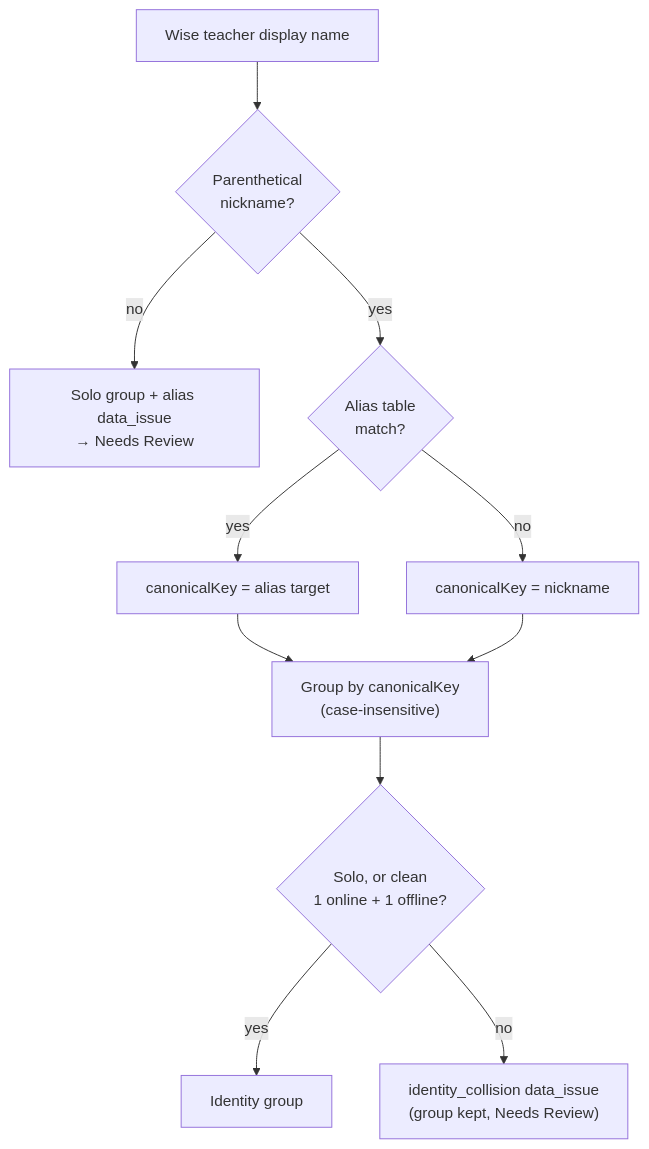
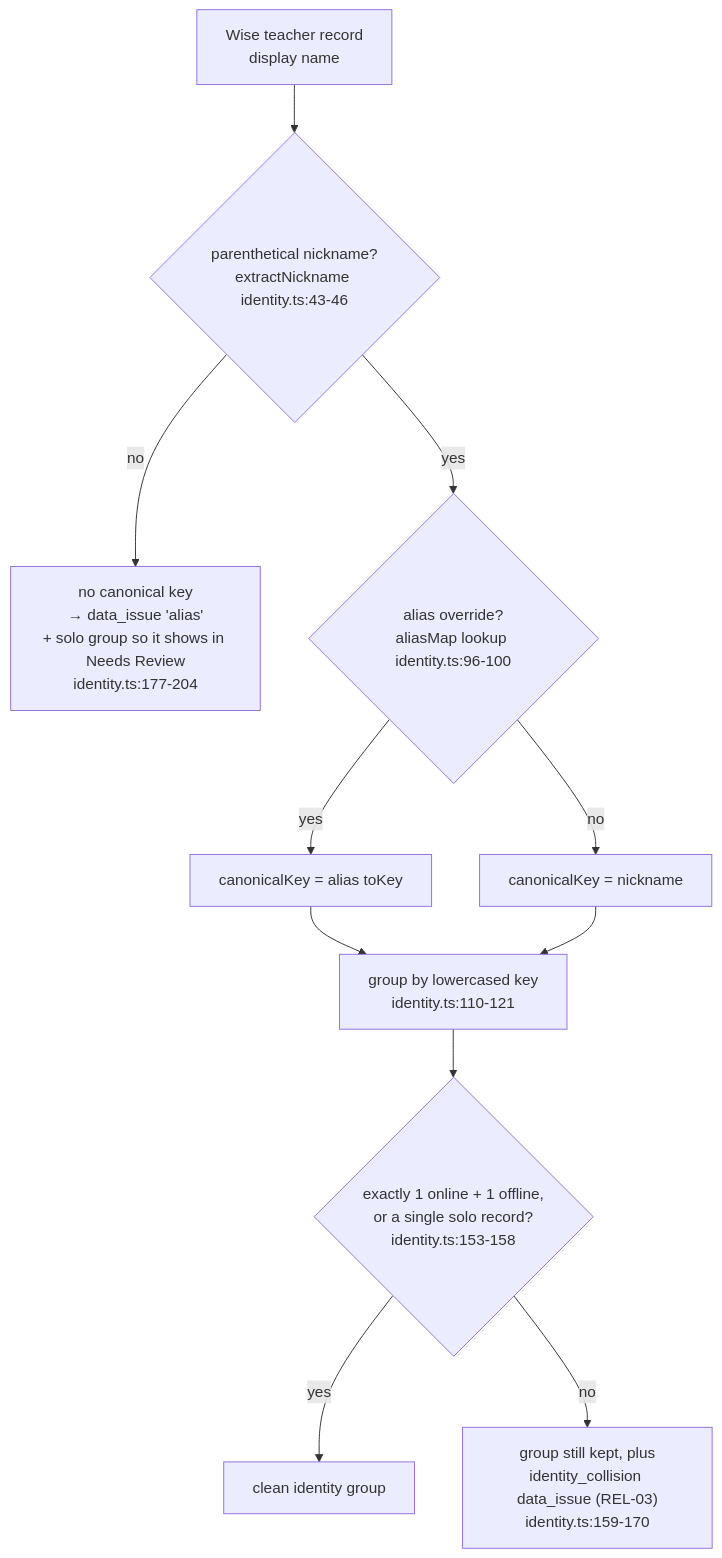
The second of 4 diagrams in docs/handbook/glossary.md (kasheesh711/bgscheduler), drawn with Mermaid before and after one commit. The commit also changed other lines of this file and 95 other files, not shown here.

````diff
--- a/docs/handbook/glossary.md
+++ b/docs/handbook/glossary.md
@@ -93,13 +90,13 @@
 ```mermaid
 flowchart TD
-    A["Wise teacher display name"] --> B{"Parenthetical<br/>nickname?"}
-    B -- no --> Z["Solo group + alias data_issue<br/>→ Needs Review"]
-    B -- yes --> C{"Alias table<br/>match?"}
-    C -- yes --> D["canonicalKey = alias target"]
-    C -- no --> E["canonicalKey = nickname"]
-    D --> F["Group by canonicalKey<br/>(case-insensitive)"]
-    E --> F
-    F --> G{"Solo, or clean<br/>1 online + 1 offline?"}
-    G -- yes --> H["Identity group"]
-    G -- no --> I["identity_collision data_issue<br/>(group kept, Needs Review)"]
+  T["Wise teacher record<br/>display name"] --> N{"parenthetical nickname?<br/>extractNickname identity.ts:43-46"}
+  N -- no --> U["no canonical key<br/>→ data_issue 'alias'<br/>+ solo group so it shows in Needs Review<br/>identity.ts:177-204"]
+  N -- yes --> A{"alias override?<br/>aliasMap lookup identity.ts:96-100"}
+  A -- yes --> K["canonicalKey = alias toKey"]
+  A -- no --> K2["canonicalKey = nickname"]
+  K --> G["group by lowercased key<br/>identity.ts:110-121"]
+  K2 --> G
+  G --> P{"exactly 1 online + 1 offline,<br/>or a single solo record?<br/>identity.ts:153-158"}
+  P -- yes --> OK["clean identity group"]
+  P -- no --> C["group still kept, plus<br/>identity_collision data_issue (REL-03)<br/>identity.ts:159-170"]
 ```
````
